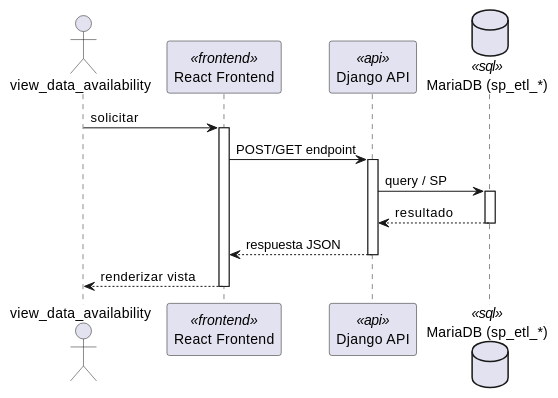
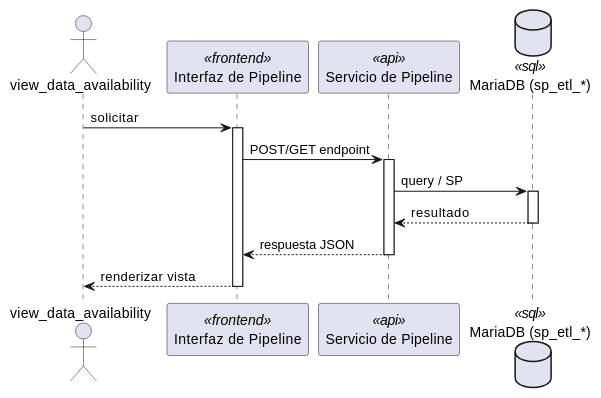
One commit to jcg-admin/IACT-docs changed the first of 2 diagrams in source/arquitectura-tecnica/DesignView/pip-03.rst. Above: the diagram before and after it, drawn with PlantUML. The commit also changed other lines of this file and 243 other files, not shown here.

First line of the commit message:
Add missing diagrams and fix participant names across Kruchten views

```diff
--- a/source/arquitectura-tecnica/DesignView/pip-03.rst
+++ b/source/arquitectura-tecnica/DesignView/pip-03.rst
@@ -22,28 +22,28 @@
 .. uml::
  :caption: UC_PIP_03 — Design View (secuencia)
 
  @startuml
 
  actor "view_data_availability" as view_data_availability
- participant "React Frontend" as Frontend <<frontend>>
- participant "Django API" as APIServer <<api>>
- database "MariaDB (sp_etl_*)" as BaseDatos <<sql>>
+ participant "Interfaz de Pipeline" as Iface <<frontend>>
+ participant "Servicio de Pipeline" as SvcNode <<api>>
+ database "MariaDB (sp_etl_*)" as Store <<sql>>
 
- view_data_availability -> Frontend : solicitar
- activate Frontend
+ view_data_availability -> Iface : solicitar
+ activate Iface
 
- Frontend -> APIServer : POST/GET endpoint
- activate APIServer
+ Iface -> SvcNode : POST/GET endpoint
+ activate SvcNode
 
- APIServer -> BaseDatos : query / SP
- activate BaseDatos
- BaseDatos --> APIServer : resultado
- deactivate BaseDatos
+ SvcNode -> Store : query / SP
+ activate Store
+ Store --> SvcNode : resultado
+ deactivate Store
 
- APIServer --> Frontend : respuesta JSON
- deactivate APIServer
+ SvcNode --> Iface : respuesta JSON
+ deactivate SvcNode
 
- Frontend --> view_data_availability : renderizar vista
- deactivate Frontend
+ Iface --> view_data_availability : renderizar vista
+ deactivate Iface
 
  @enduml
```
